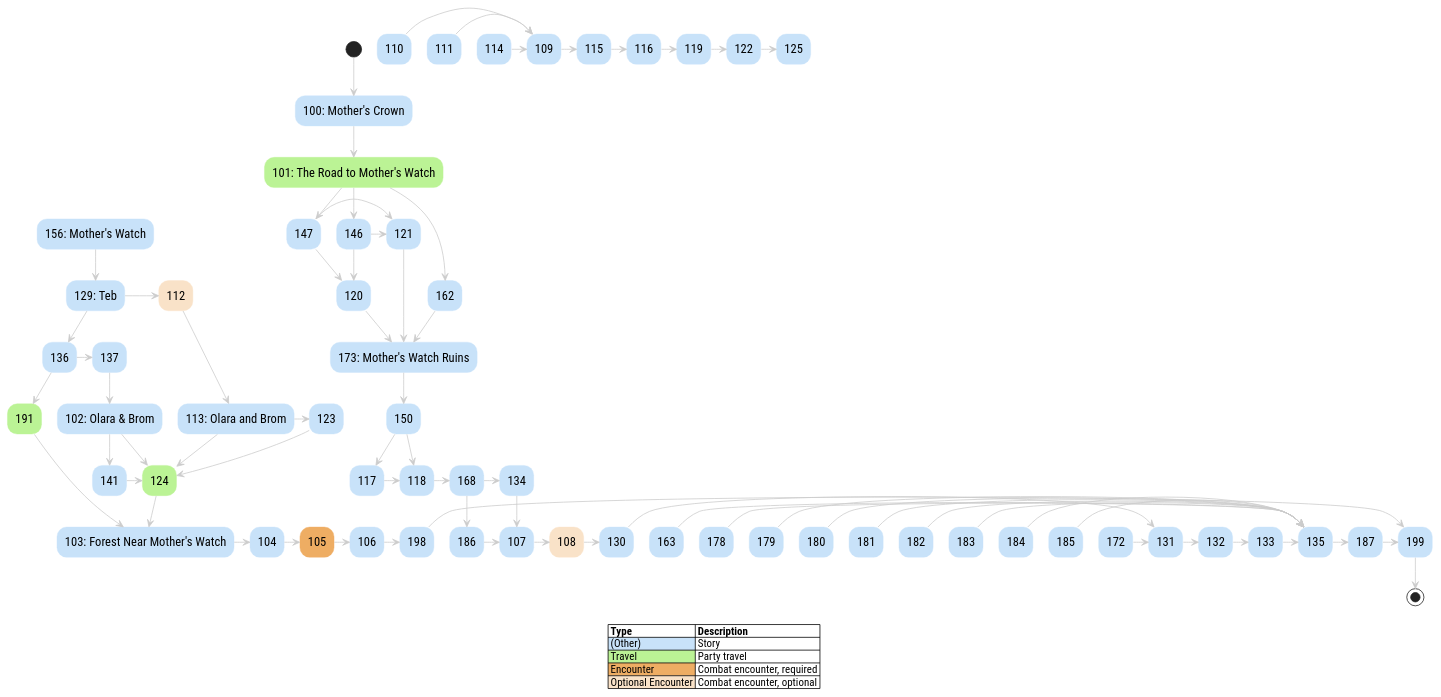
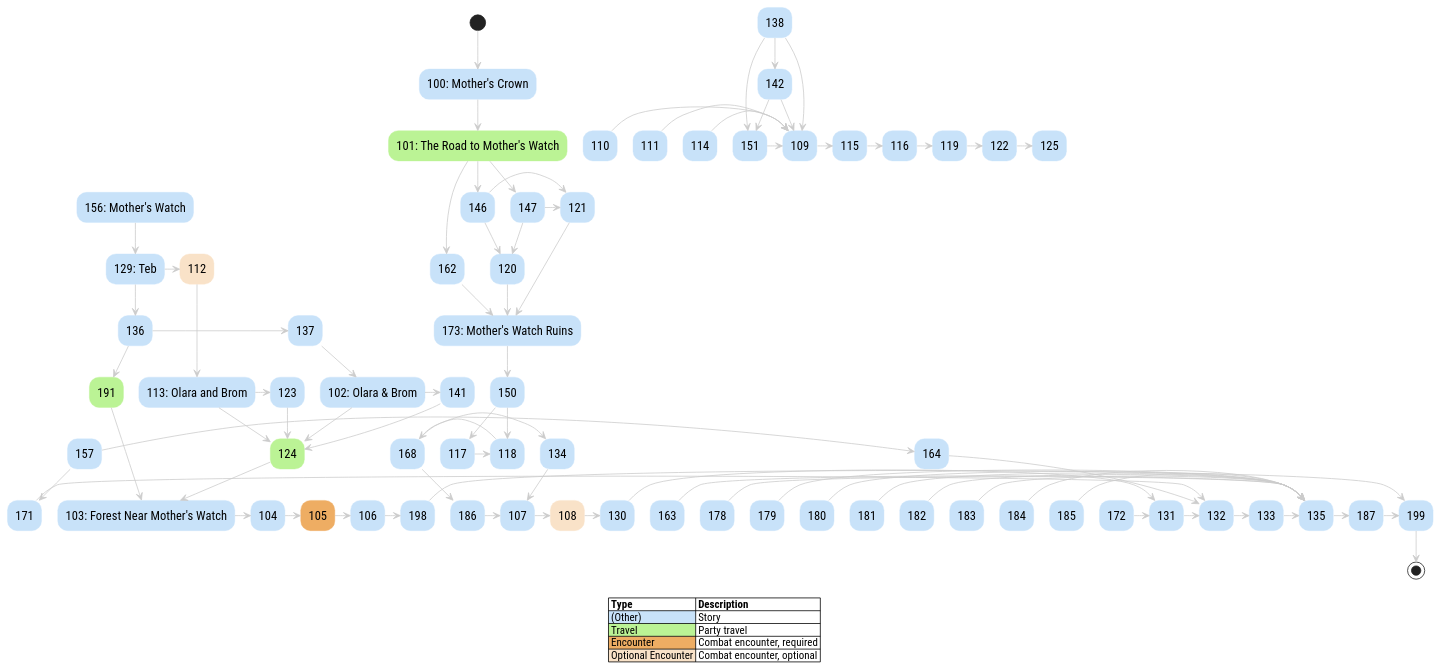
One commit to rickosborne/skyline changed the diagram in assets/puml/story-iaso-graph.puml. Above: the diagram before and after it, drawn with PlantUML. The commit also changed 119 other files, not shown here.

```diff
--- a/assets/puml/story-iaso-graph.puml
+++ b/assets/puml/story-iaso-graph.puml
@@ -1,112 +1,122 @@
 @startuml
 
 ' title IASO Story Graph
 
 skinparam {
 	DefaultFontName Roboto Condensed
 	DefaultFontSize 16
 	shadowing false
 	HyperlinkUnderline false
 	HyperlinkColor #000000
 
 	
 	ArrowColor #cccccc
 	BackgroundColor #ffffff
 	
 	ActivityBackgroundColor #C8E2F9
 	ActivityBorderColor #C8E2F9
 
   ActivityBackgroundColor<<NotStarted>> #ffff99
   ActivityBorderColor<<NotStarted>> #ffff99
   ActivityBackgroundColor<<TODO>> #eeffcc
   ActivityBorderColor<<TODO>> #eeffcc
   ActivityBackgroundColor<<OptionalEncounter>> #F9E2C8
   ActivityBorderColor<<OptionalEncounter>> #F9E2C8
   ActivityBackgroundColor<<Encounter>> #EEAD63
   ActivityBorderColor<<Encounter>> #EEAD63
   ActivityBackgroundColor<<Travel>> #BBF395
   ActivityBorderColor<<Travel>> #BBF395
 	LegendBackgroundColor transparent
 	LegendBorderColor transparent
 	LegendBorderThickness 0
 }
 
 (*) --> "[[100-mothers-crown.html 100: Mother's Crown]]" as e100 
 e100 --> "[[101-road-to-mothers-watch.html 101: The Road to Mother's Watch]]" as e101 <<Travel>>
 e101 -> "[[146-scrappers-deaf.html 146]]" as e146 
 e101 --> "[[147-striders-blind.html 147]]" as e147 
 e101 --> "[[162-scrappers-surprise.html 162]]" as e162 
 "[[102-olaras-cave.html 102: Olara & Brom]]" as e102  -> "[[141-iaso-brom.html 141]]" as e141 
 e102 --> "[[124-back-to-mothers-watch.html 124]]" as e124 <<Travel>>
 "[[103-cardiac-event.html 103: Forest Near Mother's Watch]]" as e103  -> "[[104-clear.html 104]]" as e104 
 e104 -> "[[105-striders.html 105]]" as e105 <<Encounter>>
 e105 -> "[[106-all-mother-mountain.html 106]]" as e106 
 e106 -> "[[198-corruptor-module.html 198]]" as e198 
 "[[107-lab.html 107]]" as e107  -> "[[108-exit.html 108]]" as e108 <<OptionalEncounter>>
 e108 -> "[[130-mothers-watch-afternoon.html 130]]" as e130 
 "[[109-dinner.html 109]]" as e109  -> "[[115-lodging.html 115]]" as e115 
 "[[110-carja-refugee-family.html 110]]" as e110  -> e109
 "[[111-tradespeople.html 111]]" as e111  -> e109
 "[[112-leave-tonight.html 112]]" as e112 <<OptionalEncounter>> --> "[[113-olara-and-brom-night.html 113: Olara and Brom]]" as e113 
 e113 -> "[[123-iaso-brom-olara.html 123]]" as e123 
 e113 --> e124
 "[[114-grethe-uln-jineko.html 114]]" as e114  -> e109
 e115 -> "[[116-logging.html 116]]" as e116 
 e116 -> "[[119-timber-and-striders.html 119]]" as e119 
 "[[117-medical-focus.html 117]]" as e117  -> "[[118-focus.html 118]]" as e118 
 e118 -> "[[168-power-wall.html 168]]" as e168 
 e119 -> "[[122-lumber-carts.html 122]]" as e122 
 "[[120-scrappers-incoming.html 120]]" as e120  --> "[[173-ruins-entrance.html 173: Mother's Watch Ruins]]" as e173 
 "[[121-scrappers-treeline.html 121]]" as e121  --> e173
 e122 -> "[[125-investigate.html 125]]" as e125 
 e123 -> e124
 e124 --> e103
 "[[129-teb.html 129: Teb]]" as e129  -> e112
 e129 --> "[[136-leave-tomorrow.html 136]]" as e136 
 e130 -> "[[131-jineko-focus.html 131]]" as e131 
 e131 -> "[[132-second-dinner.html 132]]" as e132 
 e132 -> "[[133-midnight.html 133]]" as e133 
 e133 -> "[[135-ruins-night.html 135]]" as e135 
 "[[134-synchronize.html 134]]" as e134  -> e107
 e135 -> "[[187-search-complete.html 187]]" as e187 
 e136 -> "[[137-leave-morning.html 137]]" as e137 
 e136 --> "[[191-not-interested.html 191]]" as e191 <<Travel>>
 e137 --> e102
+"[[138-whats-in-the-mountain.html 138]]" as e138  -> e109
+e138 --> "[[142-inside-the-mountain.html 142]]" as e142 
+e138 --> "[[151-rejected.html 151]]" as e151 
 e141 -> e124
+e142 -> e109
+e142 --> e151
 e146 -> e121
 e146 --> e120
 e147 -> e121
 e147 --> e120
 "[[150-the-blinking-light.html 150]]" as e150  -> e117
 e150 --> e118
+e151 -> e109
 "[[156-mothers-watch.html 156: Mother's Watch]]" as e156  --> e129
+"[[157-tenakth-solo.html 157]]" as e157  -> "[[164-play-along.html 164]]" as e164 
+e157 --> "[[171-not-interested.html 171]]" as e171 
 e162 --> e173
 "[[163-jineko-focus-night-bts.html 163]]" as e163  -> e135
+e164 -> e132
 e168 -> e134
 e168 --> "[[186-no-synchronize.html 186]]" as e186 
+e171 -> e132
 "[[172-jineko-focus-bts.html 172]]" as e172  -> e131
 e173 --> e150
 "[[178-ostealign.html 178]]" as e178  -> e135
 "[[179-nanopatch.html 179]]" as e179  -> e135
 "[[180-neural-interface.html 180]]" as e180  -> e135
 "[[181-hover-harness.html 181]]" as e181  -> e135
 "[[182-wheelchair.html 182]]" as e182  -> e135
 "[[183-hoverchair.html 183]]" as e183  -> e135
 "[[184-autosuture.html 184]]" as e184  -> e135
 "[[185-medbed.html 185]]" as e185  -> e135
 e186 -> e107
 e187 -> "[[199-what-next.html 199]]" as e199 
 e191 --> e103
 e198 -> e199
 e199 --> (*)
 
 legend
 |= Type |= Description |
 |<#C8E2F9> (Other) | Story |
 |<#BBF395> Travel | Party travel |
 |<#EEAD63> Encounter | Combat encounter, required |
 |<#F9E2C8> Optional Encounter | Combat encounter, optional |
 endlegend
 
 
 @enduml
```
